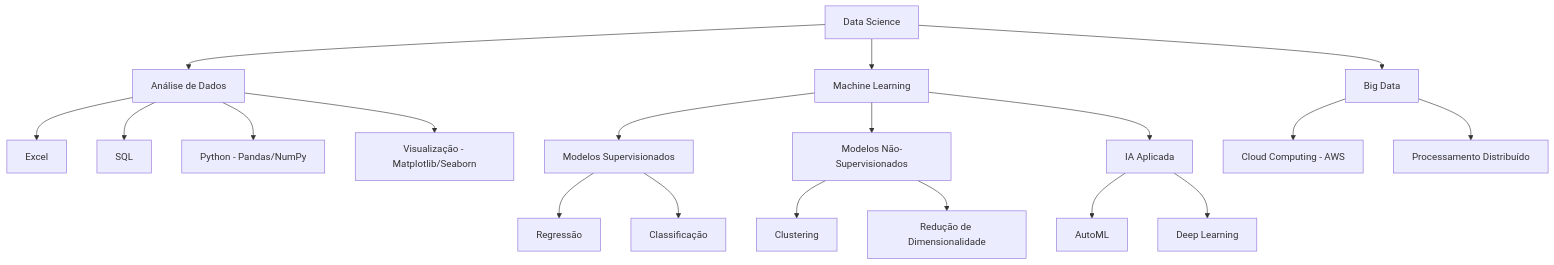
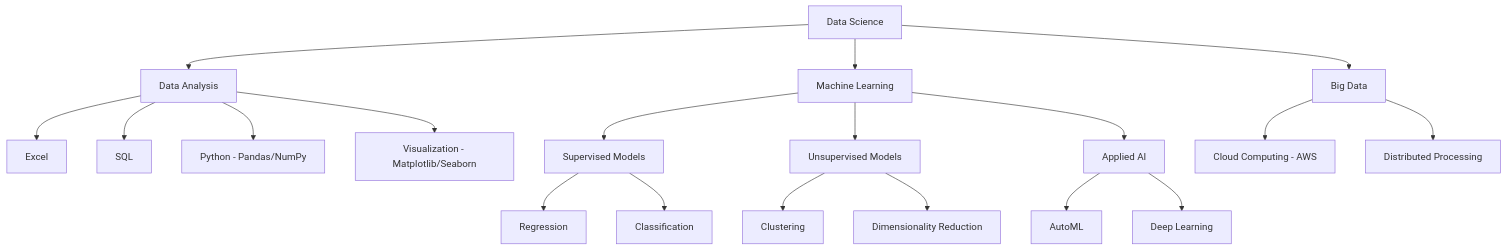
The diagram in README.md (Laurentius96/DNC-DataScience), drawn with Mermaid before and after one commit. The commit also changed other lines of this file, not shown here.

````diff
--- a/README.md
+++ b/README.md
@@ -307,27 +306,27 @@
 ```mermaid
 graph TD
-    A[Data Science] --> B[Análise de Dados]
+    A[Data Science] --> B[Data Analysis]
     A --> C[Machine Learning]
     A --> D[Big Data]
     
     B --> E[Excel]
     B --> F[SQL]
     B --> G[Python - Pandas/NumPy]
-    B --> H[Visualização - Matplotlib/Seaborn]
+    B --> H[Visualization - Matplotlib/Seaborn]
     
-    C --> I[Modelos Supervisionados]
-    C --> J[Modelos Não-Supervisionados]
-    C --> K[IA Aplicada]
+    C --> I[Supervised Models]
+    C --> J[Unsupervised Models]
+    C --> K[Applied AI]
     
-    I --> L[Regressão]
-    I --> M[Classificação]
+    I --> L[Regression]
+    I --> M[Classification]
     
     J --> N[Clustering]
-    J --> O[Redução de Dimensionalidade]
+    J --> O[Dimensionality Reduction]
     
     D --> P[Cloud Computing - AWS]
-    D --> Q[Processamento Distribuído]
+    D --> Q[Distributed Processing]
     
     K --> R[AutoML]
     K --> S[Deep Learning]
 ```
````
